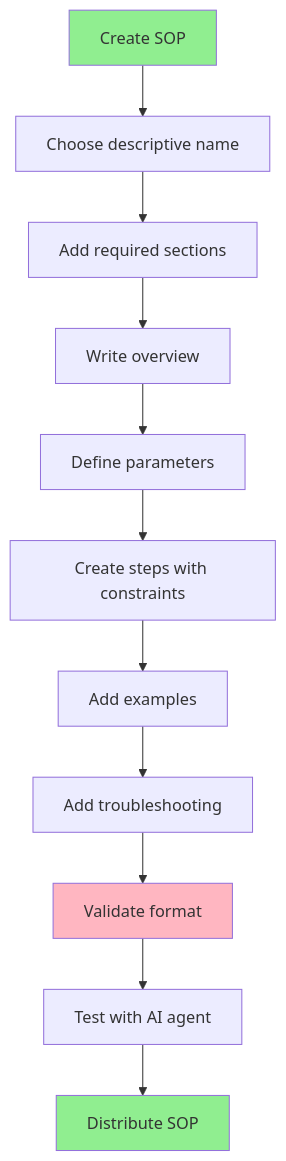
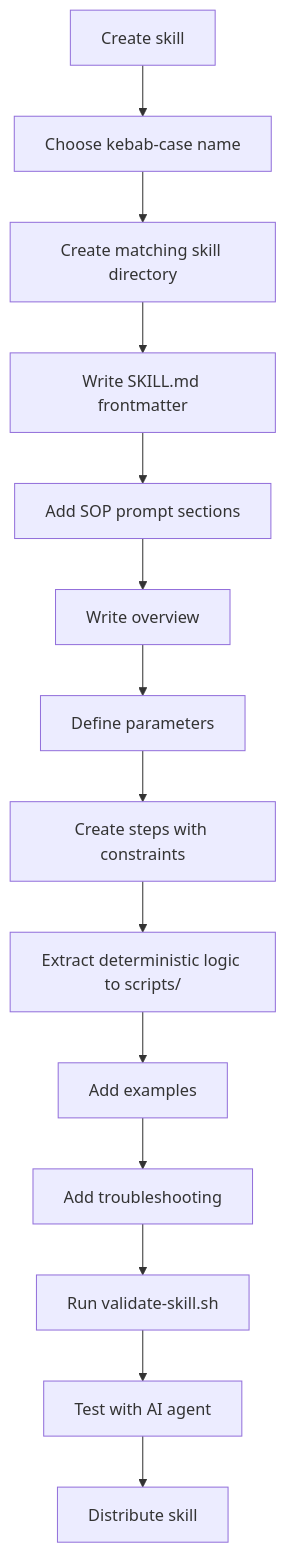
Before and after one commit to demiourgoi/epinoia: the diagram in .agents/skills/agent-sop-author/SKILL.md, drawn with Mermaid. The commit also changed other lines of this file and 6 other files, not shown here.

````diff
--- a/.agents/skills/agent-sop-author/SKILL.md
+++ b/.agents/skills/agent-sop-author/SKILL.md
@@ -385,17 +478,16 @@
 ```mermaid
 flowchart TD
-    Start[Create SOP] --> Name[Choose descriptive name]
-    Name --> Structure[Add required sections]
+    Start[Create skill] --> Name[Choose kebab-case name]
+    Name --> Dir[Create matching skill directory]
+    Dir --> Frontmatter[Write SKILL.md frontmatter]
+    Frontmatter --> Structure[Add SOP prompt sections]
     Structure --> Overview[Write overview]
     Overview --> Params[Define parameters]
     Params --> Steps[Create steps with constraints]
-    Steps --> Examples[Add examples]
+    Steps --> Scripts[Extract deterministic logic to scripts/]
+    Scripts --> Examples[Add examples]
     Examples --> Troubleshoot[Add troubleshooting]
-    Troubleshoot --> Validate[Validate format]
+    Troubleshoot --> Validate[Run validate-skill.sh]
     Validate --> Test[Test with AI agent]
-    Test --> Done[Distribute SOP]
-
-    style Start fill:#90EE90
-    style Done fill:#90EE90
-    style Validate fill:#FFB6C1
+    Test --> Done[Distribute skill]
 ```
````
